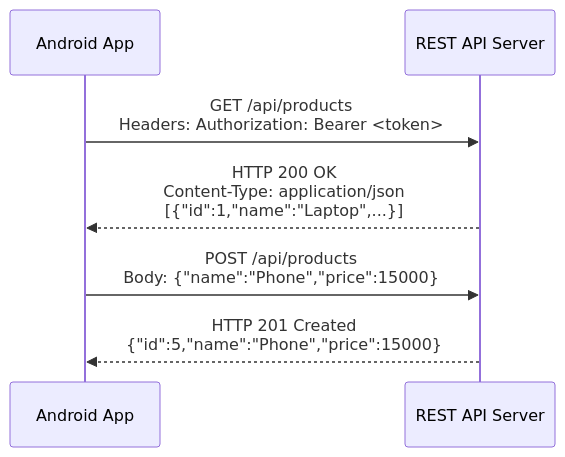
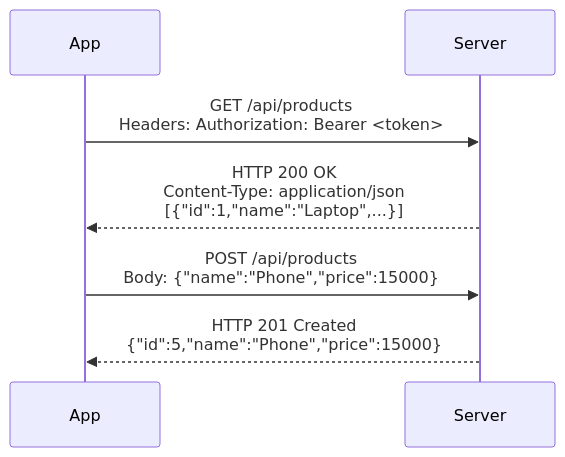
The second of 2 diagrams in 02-Semester-VI/CS-357-MJ-T-Android-Programming/Unit-4.md (amitdevx/TY), drawn with Mermaid before and after one commit. The commit also changed 65 other files, not shown here.

Commit message:
fix:graph vertical

````diff
--- a/02-Semester-VI/CS-357-MJ-T-Android-Programming/Unit-4.md
+++ b/02-Semester-VI/CS-357-MJ-T-Android-Programming/Unit-4.md
@@ -78,11 +78,11 @@
 ```mermaid
 sequenceDiagram
-    participant App as Android App
-    participant Server as REST API Server
+    participant App
+    participant Server
     
     App->>Server: GET /api/products<br/>Headers: Authorization: Bearer <token>
     Server-->>App: HTTP 200 OK<br/>Content-Type: application/json<br/>[{"id":1,"name":"Laptop",...}]
     
     App->>Server: POST /api/products<br/>Body: {"name":"Phone","price":15000}
     Server-->>App: HTTP 201 Created<br/>{"id":5,"name":"Phone","price":15000}
 ```
````
